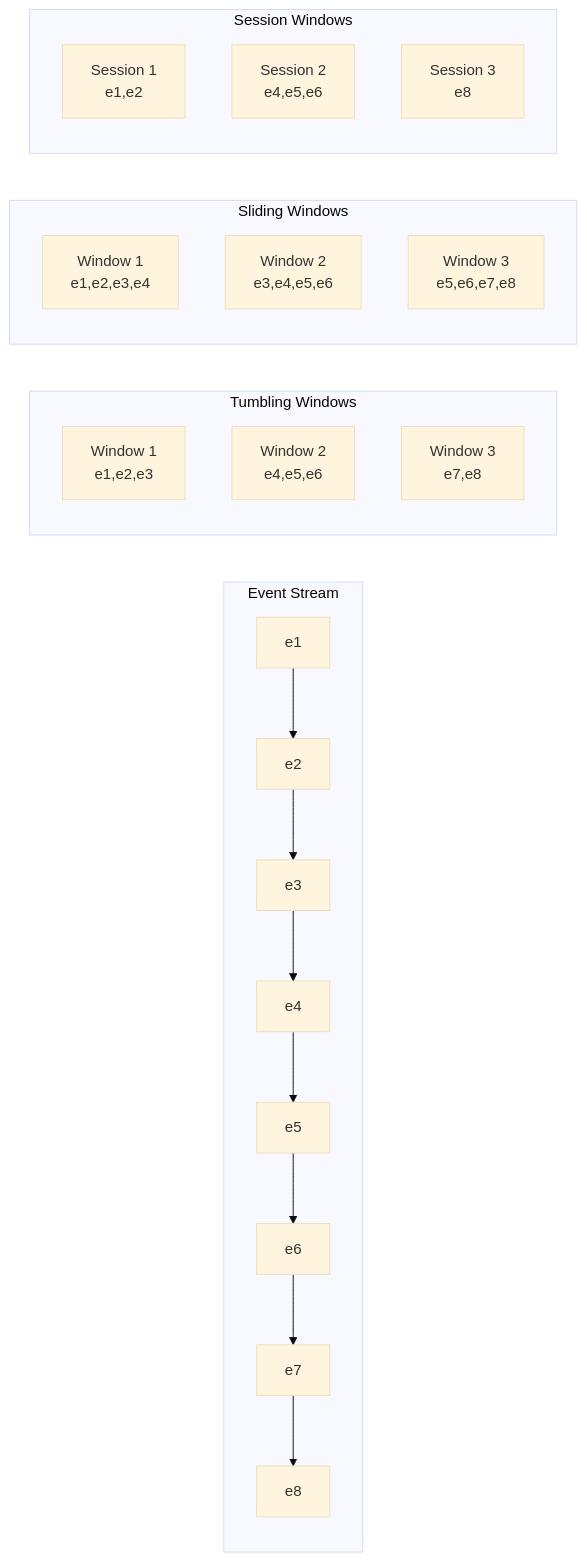
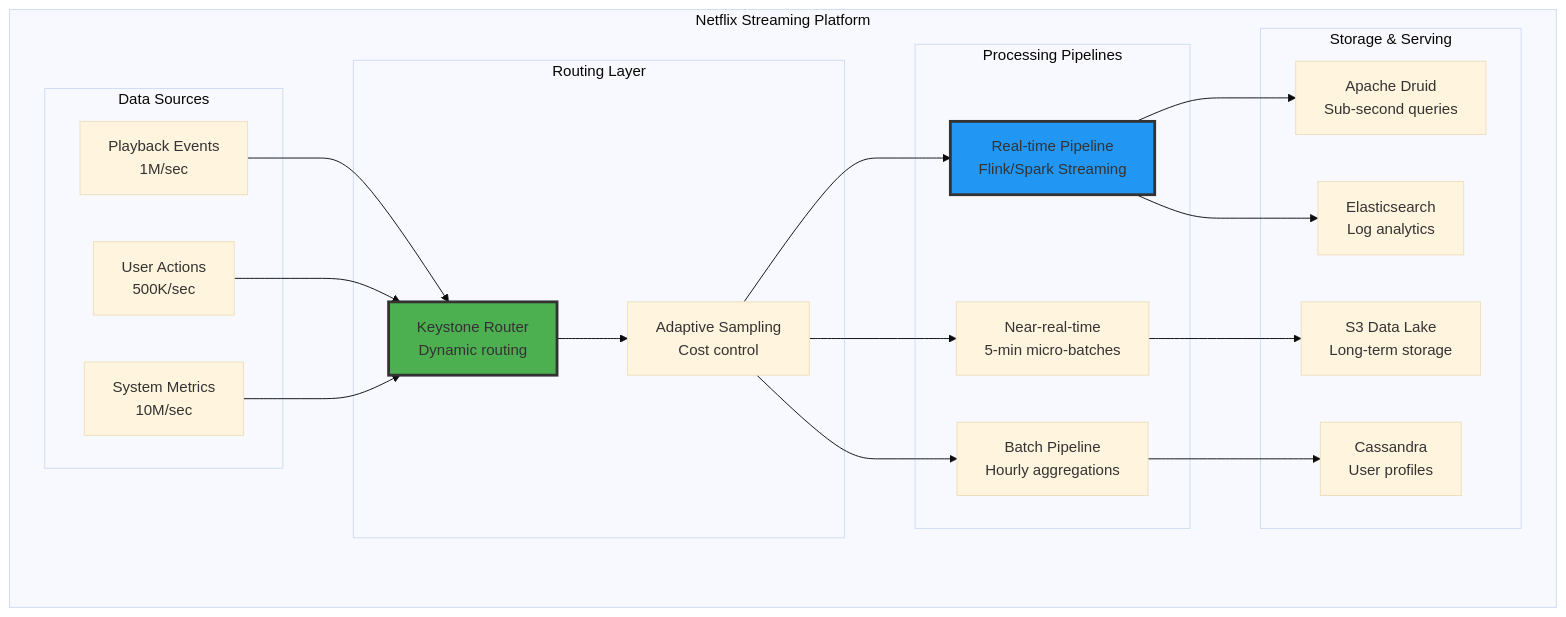
Before and after one commit to deepaucksharma/DStudio: the seventh of 9 diagrams in docs/pattern-library/architecture/event-streaming.md, drawn with Mermaid (base theme). The commit also changed other lines of this file and 8 other files, not shown here.

````diff
--- a/docs/pattern-library/architecture/event-streaming.md
+++ b/docs/pattern-library/architecture/event-streaming.md
@@ -374,24 +438,45 @@
 ```mermaid
-graph LR
-    subgraph "Event Stream"
-        E1[e1] --> E2[e2] --> E3[e3] --> E4[e4] --> E5[e5] --> E6[e6] --> E7[e7] --> E8[e8]
+graph TB
+    subgraph "Netflix Streaming Platform"
+        subgraph "Data Sources"
+            PlaybackEvents[Playback Events<br/>1M/sec]
+            UserActions[User Actions<br/>500K/sec]
+            SystemMetrics[System Metrics<br/>10M/sec]
+        end
+        
+        subgraph "Routing Layer"
+            Router[Keystone Router<br/>Dynamic routing]
+            Sampler[Adaptive Sampling<br/>Cost control]
+        end
+        
+        subgraph "Processing Pipelines"
+            RealTime[Real-time Pipeline<br/>Flink/Spark Streaming]
+            NearReal[Near-real-time<br/>5-min micro-batches]
+            Batch[Batch Pipeline<br/>Hourly aggregations]
+        end
+        
+        subgraph "Storage & Serving"
+            Druid[Apache Druid<br/>Sub-second queries]
+            ES[Elasticsearch<br/>Log analytics]
+            S3[S3 Data Lake<br/>Long-term storage]
+            Cassandra[Cassandra<br/>User profiles]
+        end
+        
+        PlaybackEvents --> Router
+        UserActions --> Router
+        SystemMetrics --> Router
+        
+        Router --> Sampler
+        Sampler --> RealTime
+        Sampler --> NearReal
+        Sampler --> Batch
+        
+        RealTime --> Druid
+        RealTime --> ES
+        NearReal --> S3
+        Batch --> Cassandra
     end
     
-    subgraph "Tumbling Windows"
-        TW1[Window 1<br/>e1,e2,e3] 
-        TW2[Window 2<br/>e4,e5,e6]
-        TW3[Window 3<br/>e7,e8]
-    end
-    
-    subgraph "Sliding Windows"
-        SW1[Window 1<br/>e1,e2,e3,e4]
-        SW2[Window 2<br/>e3,e4,e5,e6]
-        SW3[Window 3<br/>e5,e6,e7,e8]
-    end
-    
-    subgraph "Session Windows"
-        SE1[Session 1<br/>e1,e2]
-        SE2[Session 2<br/>e4,e5,e6]
-        SE3[Session 3<br/>e8]
-    end
+    style Router fill:#4CAF50,stroke:#333,stroke-width:3px
+    style RealTime fill:#2196F3,stroke:#333,stroke-width:3px
 ```
````
